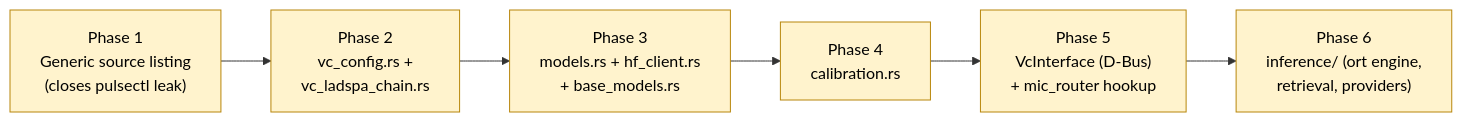
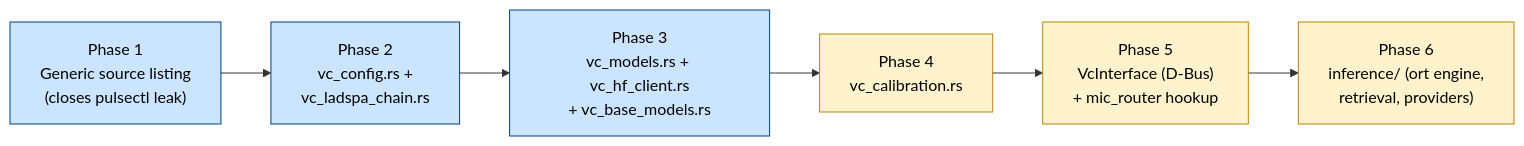
Before and after one commit to elegos/Linux-Arctis-Manager: the first of 3 diagrams in docs/voice-changing-feature.md, drawn with Mermaid. The commit also changed other lines of this file and 9 other files, not shown here.

````diff
--- a/docs/voice-changing-feature.md
+++ b/docs/voice-changing-feature.md
@@ -23,14 +23,14 @@
 ```mermaid
 flowchart LR
     classDef done fill:#cce5ff,stroke:#004085,color:#000
     classDef todo fill:#fff3cd,stroke:#b8860b,color:#000
 
-    P1["Phase 1\nGeneric source listing\n(closes pulsectl leak)"]:::todo
-    P2["Phase 2\nvc_config.rs +\nvc_ladspa_chain.rs"]:::todo
-    P3["Phase 3\nmodels.rs + hf_client.rs\n+ base_models.rs"]:::todo
-    P4["Phase 4\ncalibration.rs"]:::todo
+    P1["Phase 1\nGeneric source listing\n(closes pulsectl leak)"]:::done
+    P2["Phase 2\nvc_config.rs +\nvc_ladspa_chain.rs"]:::done
+    P3["Phase 3\nvc_models.rs + vc_hf_client.rs\n+ vc_base_models.rs"]:::done
+    P4["Phase 4\nvc_calibration.rs"]:::todo
     P5["Phase 5\nVcInterface (D-Bus)\n+ mic_router hookup"]:::todo
     P6["Phase 6\ninference/ (ort engine,\nretrieval, providers)"]:::todo
 
     P1 --> P2 --> P3 --> P4 --> P5 --> P6
 ```
````
